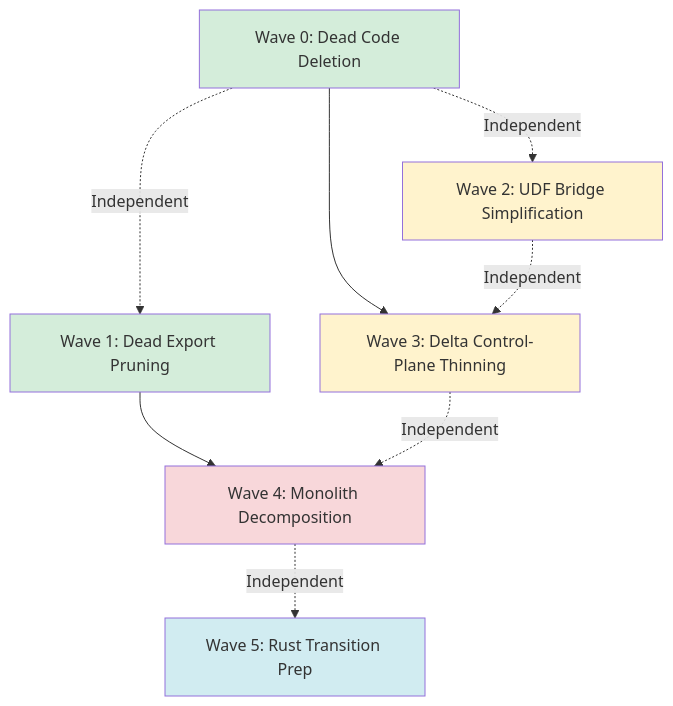
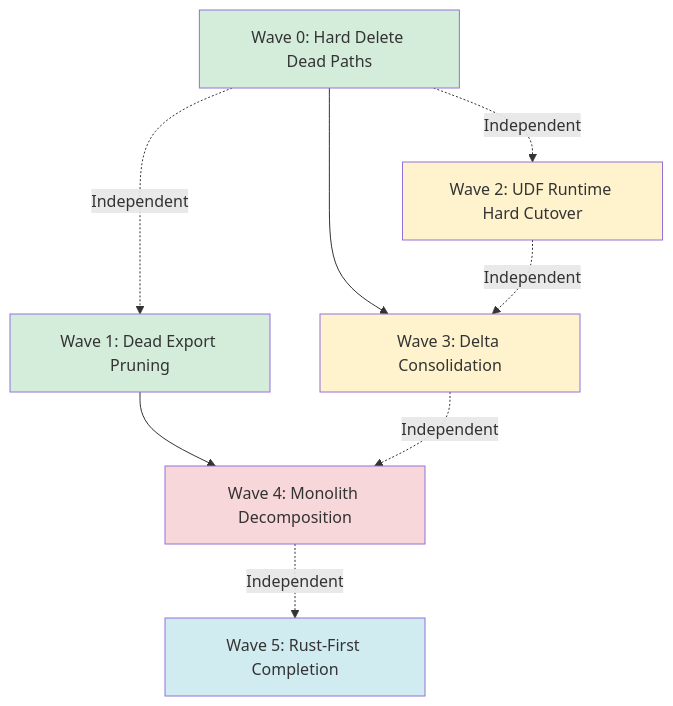
The second of 2 diagrams in docs/plans/datafusion_engine_decomposition_implementation_plan_v1_2026-02-12.md (paul-heyse/CodeAnatomy), drawn with Mermaid before and after one commit. The commit also changed other lines of this file and 87 other files, not shown here.

````diff
--- a/docs/plans/datafusion_engine_decomposition_implementation_plan_v1_2026-02-12.md
+++ b/docs/plans/datafusion_engine_decomposition_implementation_plan_v1_2026-02-12.md
@@ -2306,25 +2137,25 @@
 ```mermaid
 graph TD
-    W0[Wave 0: Dead Code Deletion]
+    W0[Wave 0: Hard Delete Dead Paths]
     W1[Wave 1: Dead Export Pruning]
-    W2[Wave 2: UDF Bridge Simplification]
-    W3[Wave 3: Delta Control-Plane Thinning]
+    W2[Wave 2: UDF Runtime Hard Cutover]
+    W3[Wave 3: Delta Consolidation]
     W4[Wave 4: Monolith Decomposition]
-    W5[Wave 5: Rust Transition Prep]
+    W5[Wave 5: Rust-First Completion]
 
     W0 --> W3
     W1 --> W4
 
     W0 -.->|Independent| W1
     W0 -.->|Independent| W2
     W2 -.->|Independent| W3
     W3 -.->|Independent| W4
     W4 -.->|Independent| W5
 
     style W0 fill:#d4edda
     style W1 fill:#d4edda
     style W2 fill:#fff3cd
     style W3 fill:#fff3cd
     style W4 fill:#f8d7da
     style W5 fill:#d1ecf1
 ```
````
